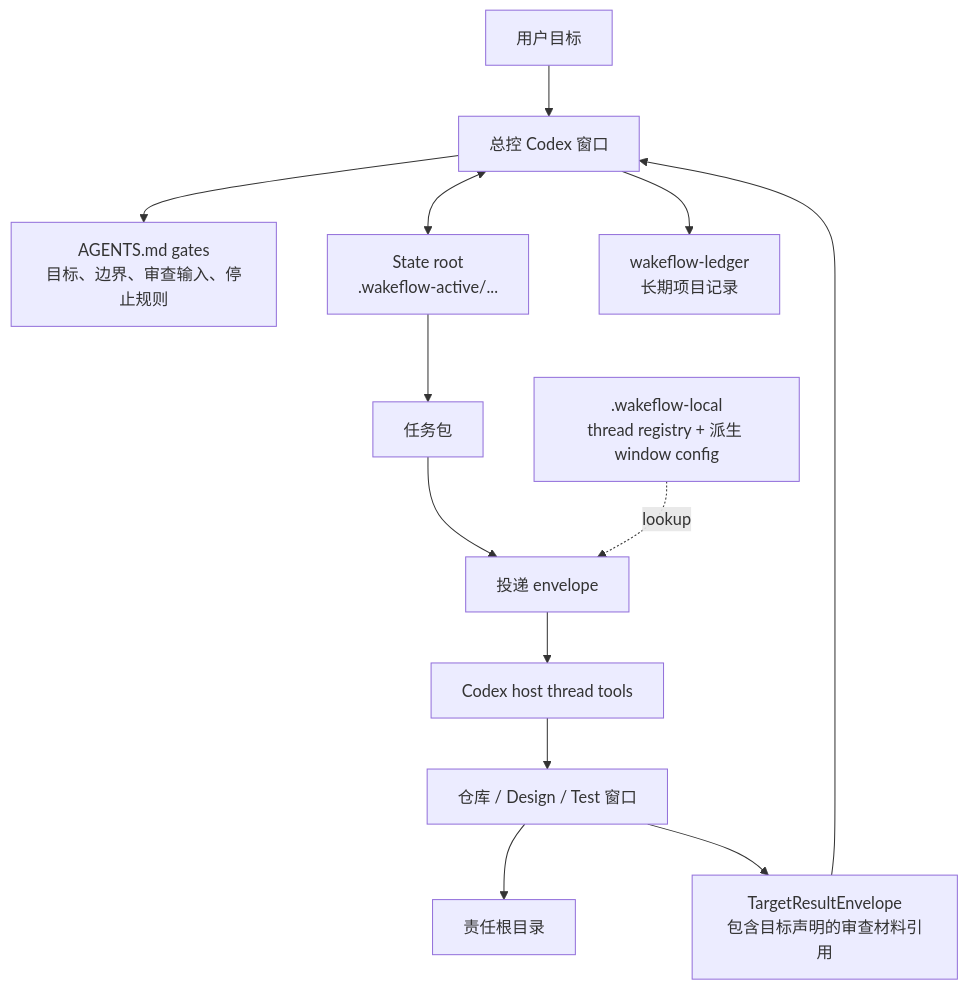
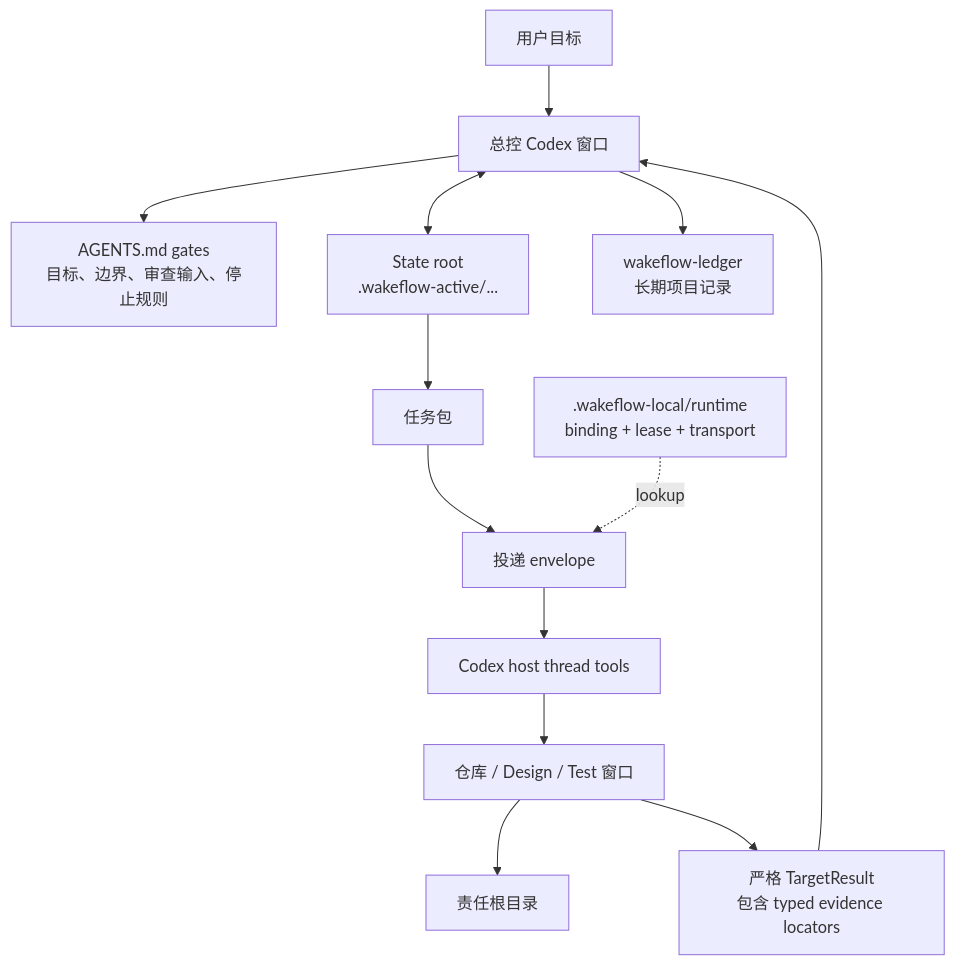
One commit to GxFn/Wakeflow changed the diagram in plugins/codex-wakeflow/README.zh-CN.md. Above: the diagram before and after it, drawn with Mermaid. The commit also changed other lines of this file and 8068 other files, not shown here.

````diff
--- a/plugins/codex-wakeflow/README.zh-CN.md
+++ b/plugins/codex-wakeflow/README.zh-CN.md
@@ -55,15 +56,15 @@
 ```mermaid
 flowchart TD
   User["用户目标"] --> Controller["总控 Codex 窗口"]
   Controller --> Gates["AGENTS.md gates<br/>目标、边界、审查输入、停止规则"]
   Controller <--> StateRoot["State root<br/>.wakeflow-active/..."]
   StateRoot --> Tasks["任务包"]
   Tasks --> Delivery["投递 envelope"]
-  LocalRuntime[".wakeflow-local<br/>thread registry + 派生 window config"] -. "lookup" .-> Delivery
+  LocalRuntime[".wakeflow-local/runtime<br/>binding + lease + transport"] -. "lookup" .-> Delivery
   Delivery --> Host["Codex host thread tools"]
   Host --> Targets["仓库 / Design / Test 窗口"]
   Targets --> Repos["责任根目录"]
-  Targets --> Results["TargetResultEnvelope<br/>包含目标声明的审查材料引用"]
+  Targets --> Results["严格 TargetResult<br/>包含 typed evidence locators"]
   Results --> Controller
   Controller --> Ledger["wakeflow-ledger<br/>长期项目记录"]
 ```
````
